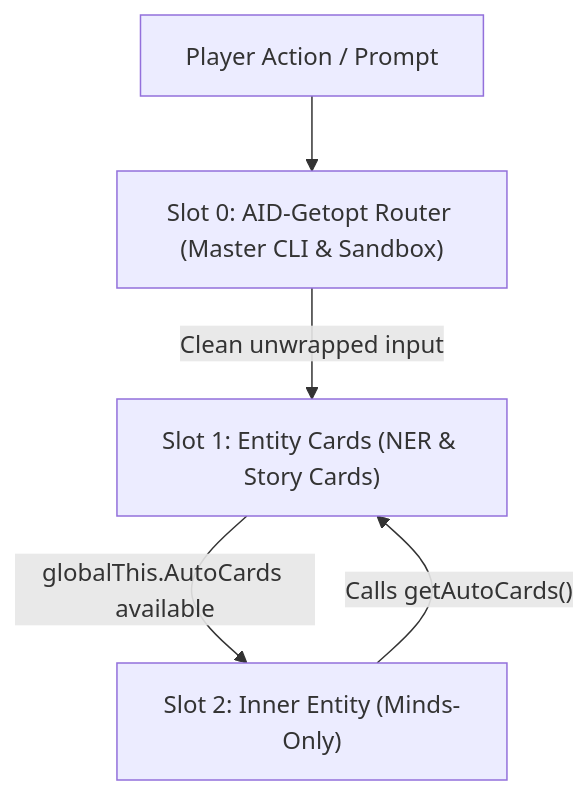
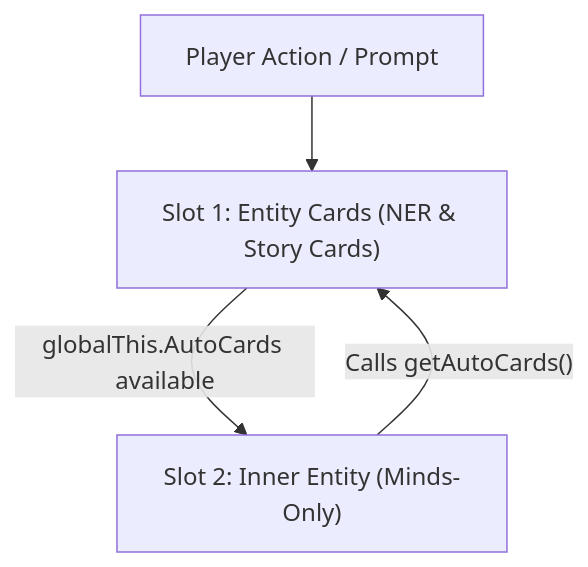
The second of 2 diagrams in docs/CONFIGURATION_MATRIX.md (viosca/Inner-Entity), drawn with Mermaid before and after one commit. The commit also changed other lines of this file, not shown here.

Commit message:
docs: clarify that getopt is embedded into EC/IE and sandbox is an example script

````diff
--- a/docs/CONFIGURATION_MATRIX.md
+++ b/docs/CONFIGURATION_MATRIX.md
@@ -59,7 +60,6 @@
 ```mermaid
 flowchart TD
-    Player["Player Action / Prompt"] --> S0["Slot 0: AID-Getopt Router (Master CLI & Sandbox)"]
-    S0 -->|"Clean unwrapped input"| S1["Slot 1: Entity Cards (NER & Story Cards)"]
+    Player["Player Action / Prompt"] --> S1["Slot 1: Entity Cards (NER & Story Cards)"]
     S1 -->|"globalThis.AutoCards available"| S2["Slot 2: Inner Entity (Minds-Only)"]
     S2 -->|"Calls getAutoCards()"| S1
 ```
````
